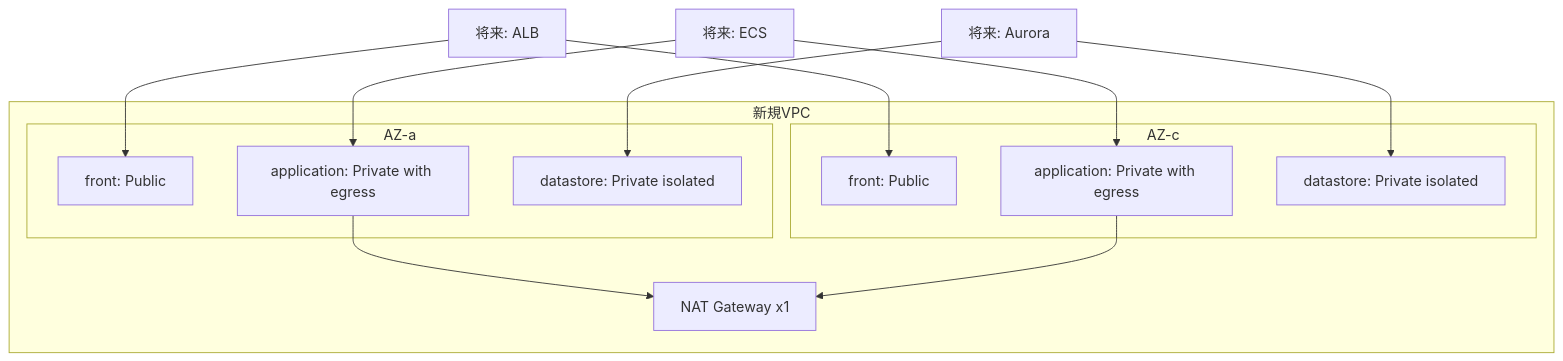
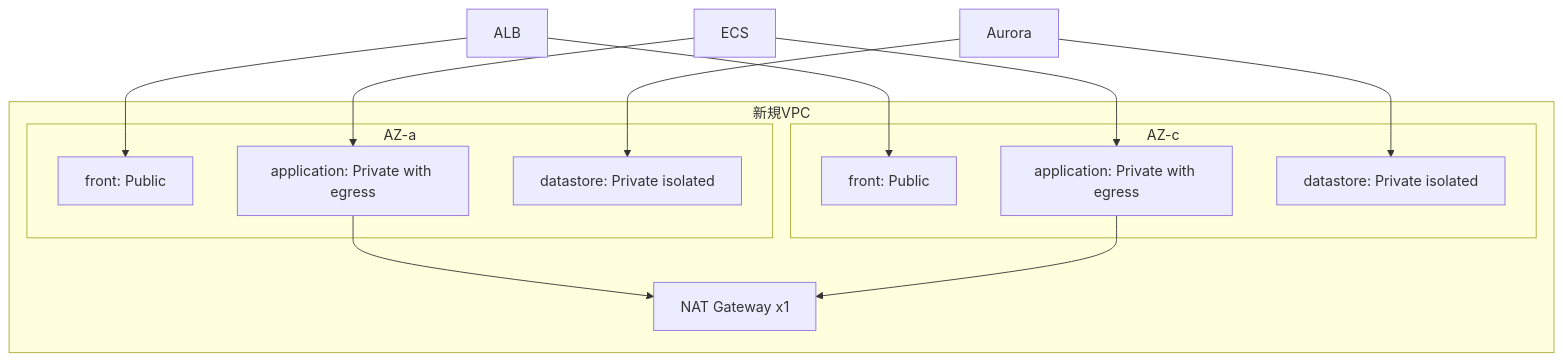
The diagram in docs/infra/network-baseline.md (rafty/Todo-ECS-Sample), drawn with Mermaid before and after one commit. The commit also changed other lines of this file and 14 other files, not shown here.

````diff
--- a/docs/infra/network-baseline.md
+++ b/docs/infra/network-baseline.md
@@ -14,25 +17,25 @@
 ```mermaid
 flowchart TB
   subgraph VPC[新規VPC]
     subgraph AZ1[AZ-a]
       F1[front: Public]
       A1[application: Private with egress]
       D1[datastore: Private isolated]
     end
     subgraph AZ2[AZ-c]
       F2[front: Public]
       A2[application: Private with egress]
       D2[datastore: Private isolated]
     end
     NAT[NAT Gateway x1]
   end
 
-  ALB[将来: ALB] --> F1
+  ALB[ALB] --> F1
   ALB --> F2
-  ECS[将来: ECS] --> A1
+  ECS[ECS] --> A1
   ECS --> A2
-  DB[将来: Aurora] --> D1
+  DB[Aurora] --> D1
   DB --> D2
   A1 --> NAT
   A2 --> NAT
 ```
````
